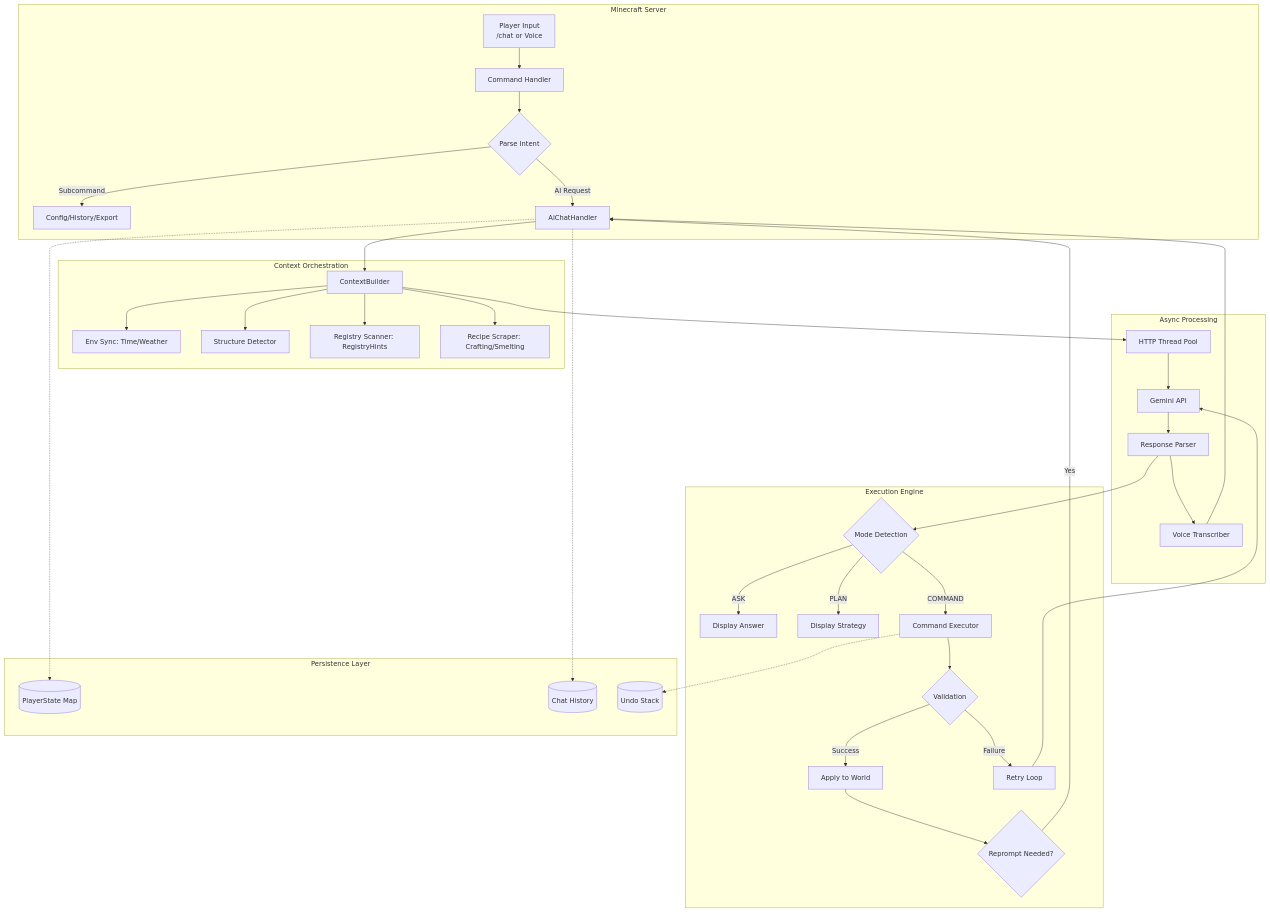
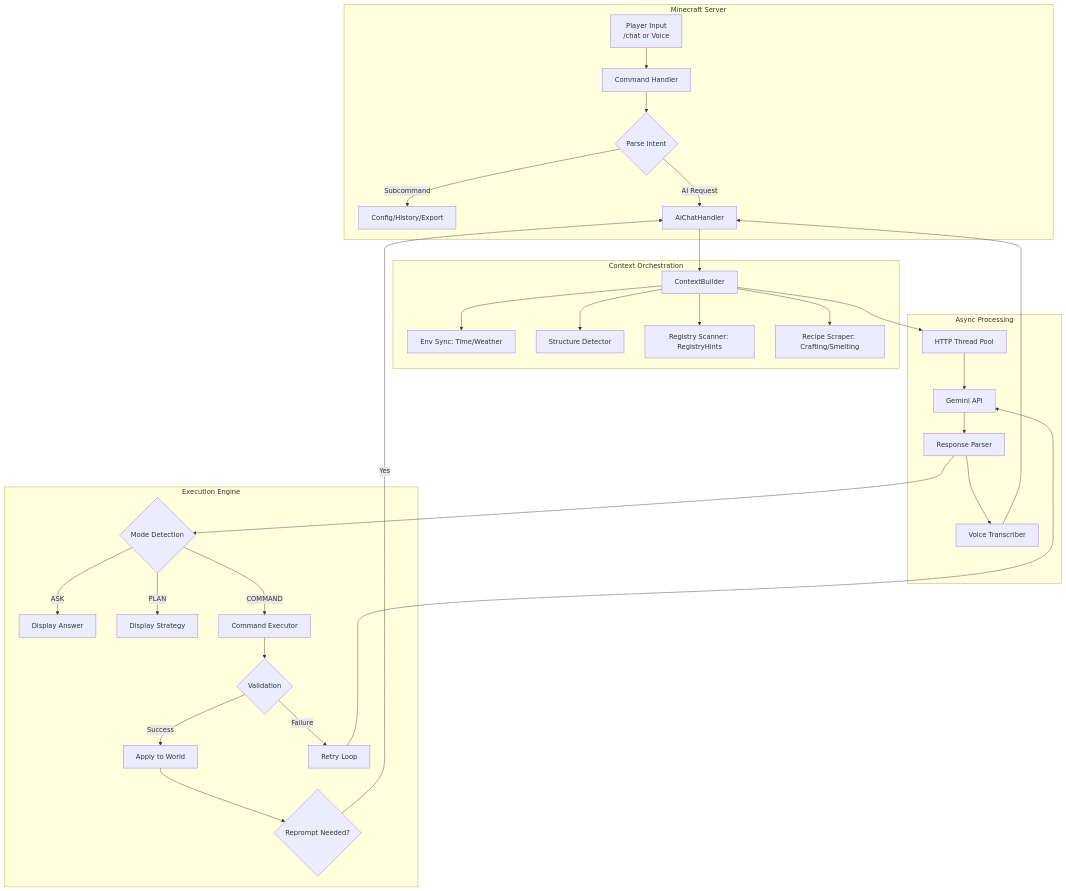
Before and after one commit to aaronaalmendarez/gemini-minecraft: the first of 3 diagrams in README.md, drawn with Mermaid. The commit also changed other lines of this file and 2 other files, not shown here.

````diff
--- a/README.md
+++ b/README.md
@@ -136,48 +93,38 @@
 ```mermaid
 graph TB
     subgraph Minecraft Server
         A[Player Input<br>/chat or Voice] --> B[Command Handler]
         B --> C{Parse Intent}
         C -->|Subcommand| D[Config/History/Export]
         C -->|AI Request| E[AiChatHandler]
     end
     
     subgraph Context Orchestration
         E --> F[ContextBuilder]
         F --> F1[Env Sync: Time/Weather]
         F --> F2[Structure Detector]
         F --> F3[Registry Scanner: RegistryHints]
         F --> F4[Recipe Scraper: Crafting/Smelting]
     end
     
     subgraph Async Processing
         F --> G[HTTP Thread Pool]
         G --> H[Gemini API]
         H --> I[Response Parser]
         I --> I1[Voice Transcriber]
         I1 --> E
     end
     
     subgraph Execution Engine
         I --> J{Mode Detection}
         J -->|ASK| K[Display Answer]
         J -->|PLAN| L[Display Strategy]
         J -->|COMMAND| M[Command Executor]
-        M --> N{Validation}
-        N -->|Success| O[Apply to World]
-        N -->|Failure| P[Retry Loop]
+        M --> n{Validation}
+        n -->|Success| O[Apply to World]
+        n -->|Failure| P[Retry Loop]
         P --> H
         O --> R1{Reprompt Needed?}
         R1 -->|Yes| E
     end
-    
-    subgraph Persistence Layer
-        Q[(PlayerState Map)]
-        R[(Chat History)]
-        S[(Undo Stack)]
-    end
-    
-    E -.-> Q
-    E -.-> R
-    M -.-> S
 ```
````
